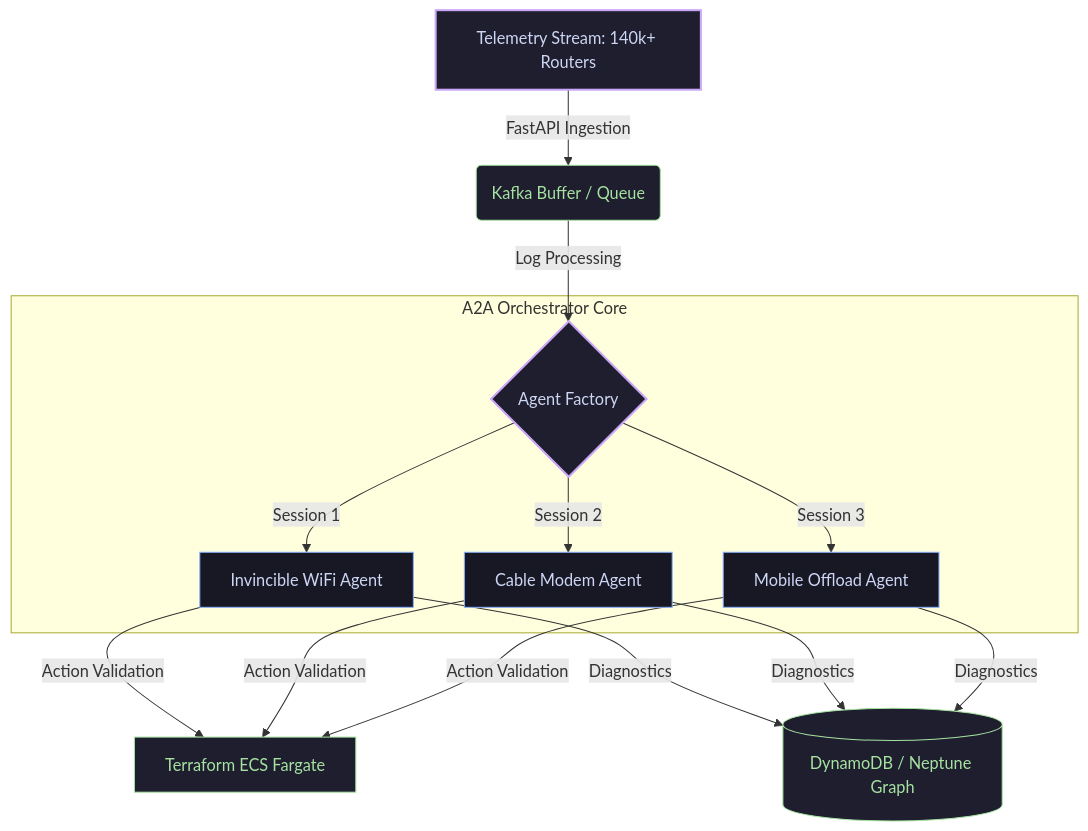
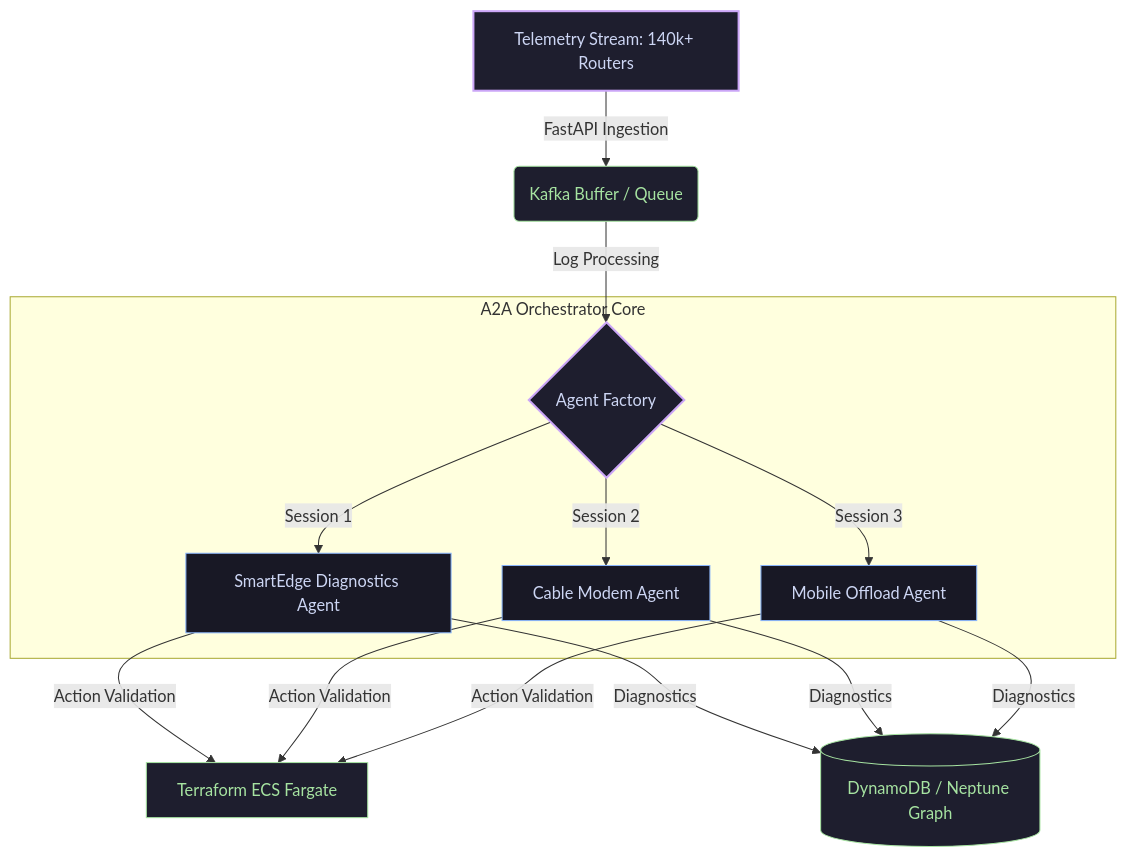
One commit to nmandula0511/AI-ops-network-intelligence changed the diagram in GITHUB_PROFILE_README.md. Above: the diagram before and after it, drawn with Mermaid. The commit also changed 20 other files, not shown here.

First line of the commit message:
refactor: align workspace with resilient diagnostics architecture and generic terminology

````diff
--- a/GITHUB_PROFILE_README.md
+++ b/GITHUB_PROFILE_README.md
@@ -15,24 +15,24 @@
 ```mermaid
 graph TD
     %% Styling Definitions
     classDef primary fill:#1e1e2e,stroke:#cba6f7,stroke-width:2px,color:#cdd6f4;
     classDef secondary fill:#181825,stroke:#89b4fa,stroke-width:1px,color:#cdd6f4;
     classDef data fill:#1e1e2e,stroke:#a6e3a1,stroke-width:1px,color:#a6e3a1;
     
     %% Graph Structure
     Ingest[Telemetry Stream: 140k+ Routers] -->|FastAPI Ingestion| Buffer(Kafka Buffer / Queue)
     Buffer -->|Log Processing| Factory{Agent Factory}
     
     subgraph A2A Orchestrator Core
-        Factory -->|Session 1| WiFi[Invincible WiFi Agent]
+        Factory -->|Session 1| WiFi[SmartEdge Diagnostics Agent]
         Factory -->|Session 2| Modem[Cable Modem Agent]
         Factory -->|Session 3| Offload[Mobile Offload Agent]
     end
     
     WiFi & Modem & Offload -->|Action Validation| IaC[Terraform ECS Fargate]
     WiFi & Modem & Offload -->|Diagnostics| DB[(DynamoDB / Neptune Graph)]
 
     class Ingest,Factory primary;
     class WiFi,Modem,Offload secondary;
     class Buffer,DB,IaC data;
 ```
````
